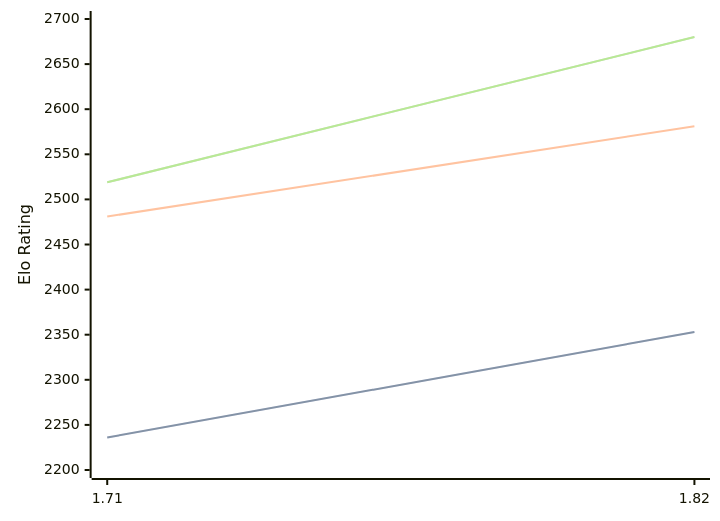
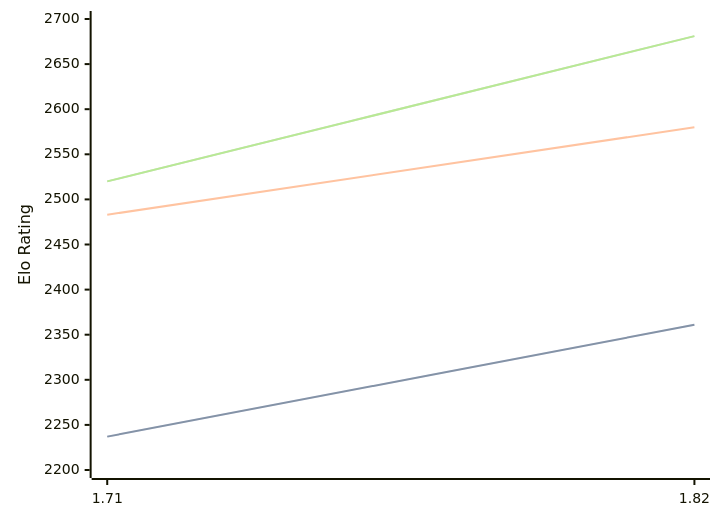
Before and after one commit to computer-chess-index/cci: the diagram in engines/Amira.md, drawn with Mermaid. The commit also changed other lines of this file, not shown here.

Commit message:
Update CCI Ratings (ELO VLTC) - 2026-02-21

````diff
--- a/engines/Amira.md
+++ b/engines/Amira.md
@@ -32,11 +32,11 @@
 ```mermaid
 %%{init: {"theme":"base","themeVariables":{"seriesColors:['#a3a3a3','#222221','#faa371']}}}%%
 xychart-beta
   x-axis ["1.71", "1.82"]
   y-axis "Elo Rating" 2200 --> 2700
-  line "STC (8.0+0.08s)" [2236, 2353]
-  line "STC (8.0+0.08s)" [2236, 2353]
-  line "LTC (60.0+0.60s)" [2481, 2581]
-  line "VLTC (2m24s+1.12s)" [2519, 2680]
-  line "VLTC (2m24s+1.12s)" [2519, 2680]
+  line "STC (8.0+0.08s)" [2237, 2361]
+  line "STC (8.0+0.08s)" [2237, 2361]
+  line "LTC (60.0+0.60s)" [2483, 2580]
+  line "VLTC (2m24s+1.12s)" [2520, 2681]
+  line "VLTC (2m24s+1.12s)" [2520, 2681]
 ```
````
